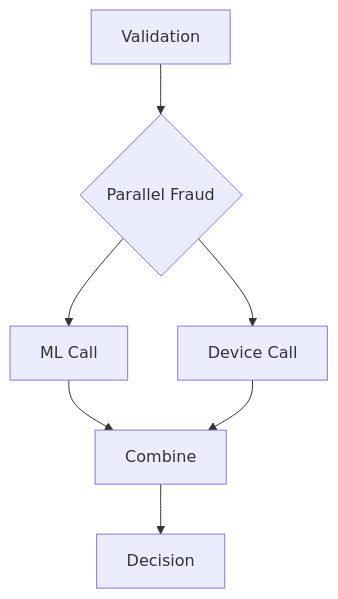
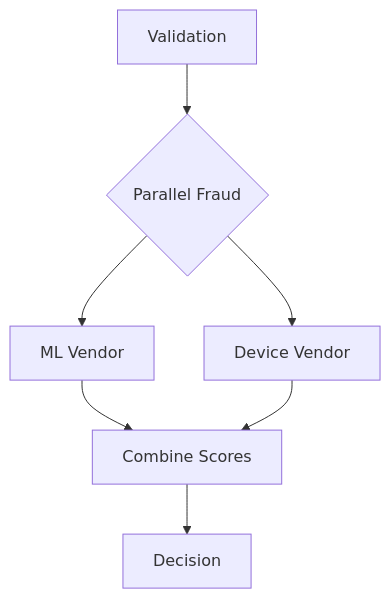
The second of 2 diagrams in day2/day2updated.md (abhinandanchivate/LTIreq-Banking), drawn with Mermaid before and after one commit. The commit also changed other lines of this file, not shown here.

````diff
--- a/day2/day2updated.md
+++ b/day2/day2updated.md
@@ -289,9 +494,9 @@
 ```mermaid
 flowchart TD
 A[Validation] --> B{Parallel Fraud}
-B --> C[ML Call]
-B --> D[Device Call]
-C --> E[Combine]
+B --> C[ML Vendor]
+B --> D[Device Vendor]
+C --> E[Combine Scores]
 D --> E
 E --> F[Decision]
 ```
````
